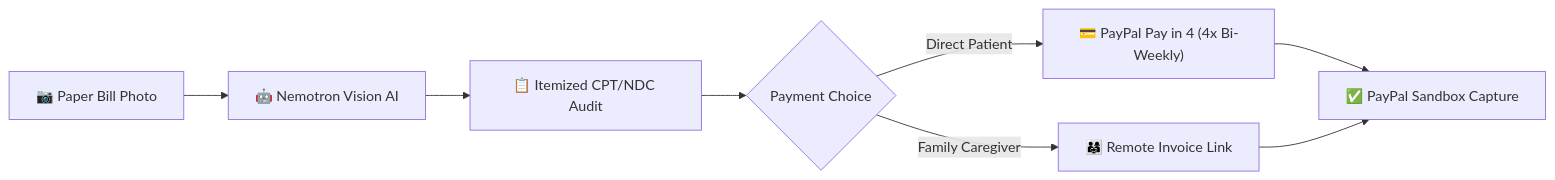
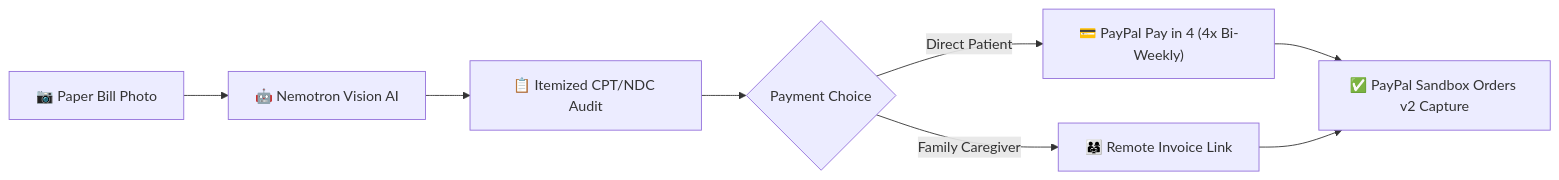
One commit to Lainholic/CareFree changed the diagram in README.md. Above: the diagram before and after it, drawn with Mermaid. The commit also changed other lines of this file and 2 other files, not shown here.

Commit message:
fix(security-arch): apply Terra and DeepSeek cross-validation fixes (ThreadingHTTPServer, Orders v2, XSS hardening, Pay in 4 qualification)

````diff
--- a/README.md
+++ b/README.md
@@ -35,10 +37,10 @@
 ```mermaid
 flowchart LR
     A["📷 Paper Bill Photo"] --> B["🤖 Nemotron Vision AI"]
     B --> C["📋 Itemized CPT/NDC Audit"]
     C --> D{"Payment Choice"}
     D -->|"Direct Patient"| E["💳 PayPal Pay in 4 (4x Bi-Weekly)"]
     D -->|"Family Caregiver"| F["👨‍👩‍👧 Remote Invoice Link"]
-    E --> G["✅ PayPal Sandbox Capture"]
+    E --> G["✅ PayPal Sandbox Orders v2 Capture"]
     F --> G
 ```
````
